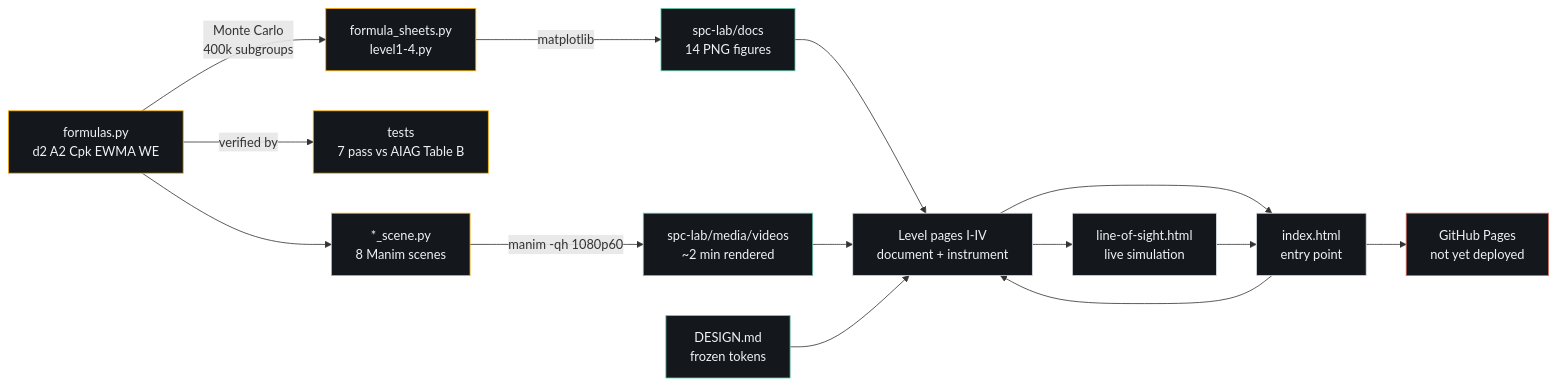
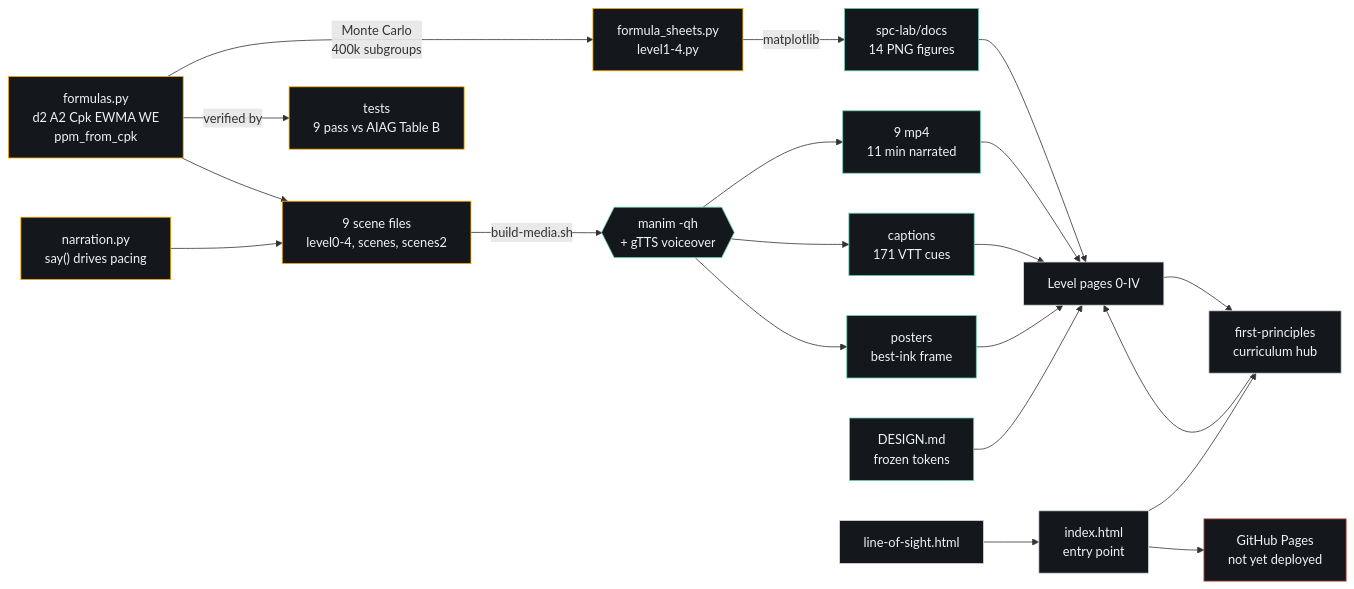
Before and after one commit to amohdnaw/spc-from-first-principles: the diagram in diagrams/spc-curriculum-flow.mmd, drawn with Mermaid. The commit also changed 10 other files, not shown here.

First line of the commit message:
feat(spc): reskin index + line-of-sight, close the design system

```diff
--- a/diagrams/spc-curriculum-flow.mmd
+++ b/diagrams/spc-curriculum-flow.mmd
@@ -1,26 +1,32 @@
 graph LR
-  F["formulas.py<br/>d2 A2 Cpk EWMA WE"] -->|"Monte Carlo<br/>400k subgroups"| S["formula_sheets.py<br/>level1-4.py"]
-  F -->|"verified by"| T["tests<br/>7 pass vs AIAG Table B"]
+  F["formulas.py<br/>d2 A2 Cpk EWMA WE<br/>ppm_from_cpk"] -->|"Monte Carlo<br/>400k subgroups"| S["formula_sheets.py<br/>level1-4.py"]
+  F -->|"verified by"| T["tests<br/>9 pass vs AIAG Table B"]
   S -->|"matplotlib"| D["spc-lab/docs<br/>14 PNG figures"]
-  F --> SC["*_scene.py<br/>8 Manim scenes"]
-  SC -->|"manim -qh 1080p60"| V["spc-lab/media/videos<br/>~2 min rendered"]
 
-  D --> L2
-  V --> L2
-  DS["DESIGN.md<br/>frozen tokens"] --> L2
+  F --> SC["9 scene files<br/>level0-4, scenes, scenes2"]
+  N["narration.py<br/>say() drives pacing"] --> SC
+  SC -->|"build-media.sh"| R{{"manim -qh<br/>+ gTTS voiceover"}}
+  R --> V["9 mp4<br/>11 min narrated"]
+  R --> C["captions<br/>171 VTT cues"]
+  R --> P["posters<br/>best-ink frame"]
 
-  L2["Level pages I-IV<br/>document + instrument"] --> IDX["index.html<br/>entry point"]
-  L2 --> LOS["line-of-sight.html<br/>live simulation"]
-  IDX --> L2
-  LOS --> IDX
+  D --> L["Level pages 0-IV"]
+  V --> L
+  C --> L
+  P --> L
+  DS["DESIGN.md<br/>frozen tokens"] --> L
 
+  L --> HUB["first-principles<br/>curriculum hub"]
+  HUB --> L
+  IDX["index.html<br/>entry point"] --> HUB
+  LOS["line-of-sight.html"] --> IDX
   IDX --> GH["GitHub Pages<br/>not yet deployed"]
 
   classDef py fill:#14181c,stroke:#ffae00,color:#eef3f7
   classDef asset fill:#14181c,stroke:#65ccaf,color:#eef3f7
   classDef page fill:#14181c,stroke:#d7dee4,color:#eef3f7
   classDef todo fill:#14181c,stroke:#de6a5d,color:#eef3f7
-  class F,S,SC,T py
-  class D,V,DS asset
-  class L2,IDX,LOS page
+  class F,S,SC,T,N py
+  class D,V,C,P,DS,R asset
+  class L,HUB,IDX,LOS page
   class GH todo
```
